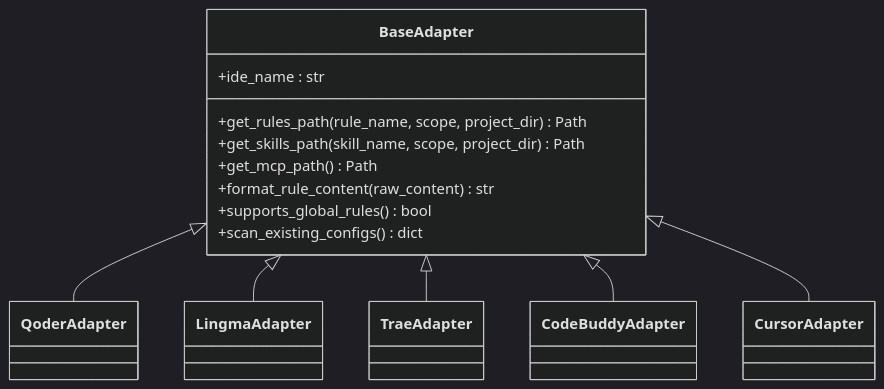
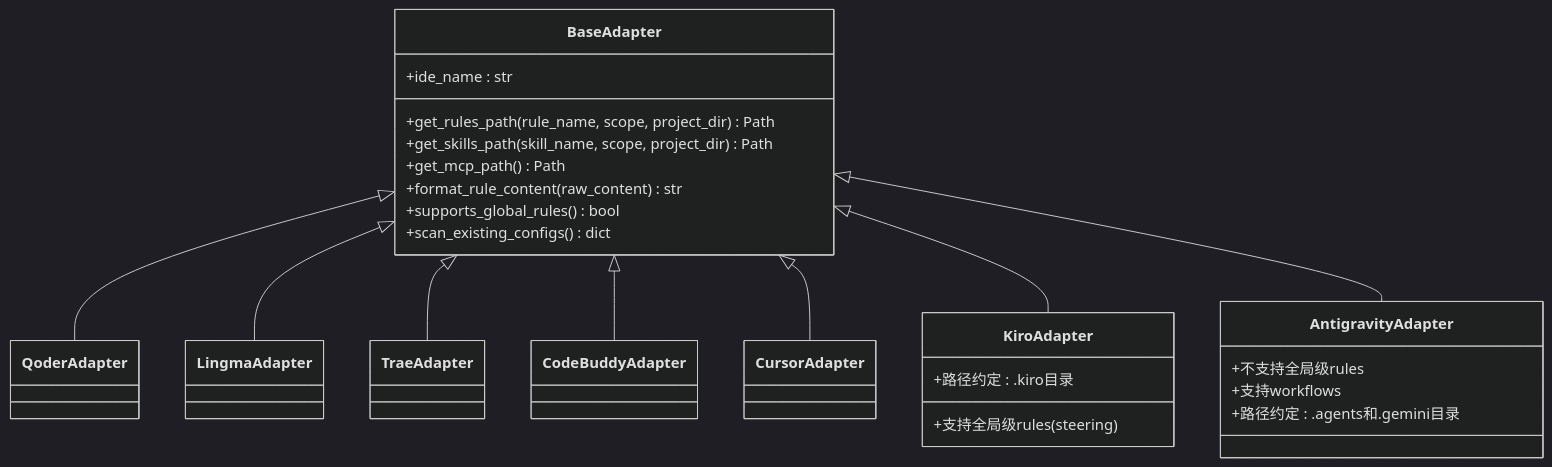
One commit to MapleWan/MSR changed the fourth of 6 diagrams in .qoder/repowiki/zh/content/IDE适配器/适配器注册与管理.md. Above: the diagram before and after it, drawn with Mermaid (dark theme). The commit also changed other lines of this file and 5 other files, not shown here.

````diff
--- a/.qoder/repowiki/zh/content/IDE适配器/适配器注册与管理.md
+++ b/.qoder/repowiki/zh/content/IDE适配器/适配器注册与管理.md
@@ -188,22 +217,33 @@
 ```mermaid
 classDiagram
 class BaseAdapter {
 +ide_name : str
 +get_rules_path(rule_name, scope, project_dir) Path
 +get_skills_path(skill_name, scope, project_dir) Path
 +get_mcp_path() Path
 +format_rule_content(raw_content) str
 +supports_global_rules() bool
 +scan_existing_configs() dict
 }
 class QoderAdapter
 class LingmaAdapter
 class TraeAdapter
 class CodeBuddyAdapter
 class CursorAdapter
+class KiroAdapter {
++支持全局级rules (steering)
++路径约定 : .kiro目录
+}
+class AntigravityAdapter {
++不支持全局级rules
++支持workflows
++路径约定 : .agents和.gemini目录
+}
 BaseAdapter <|-- QoderAdapter
 BaseAdapter <|-- LingmaAdapter
 BaseAdapter <|-- TraeAdapter
 BaseAdapter <|-- CodeBuddyAdapter
 BaseAdapter <|-- CursorAdapter
+BaseAdapter <|-- KiroAdapter
+BaseAdapter <|-- AntigravityAdapter
 ```
````
